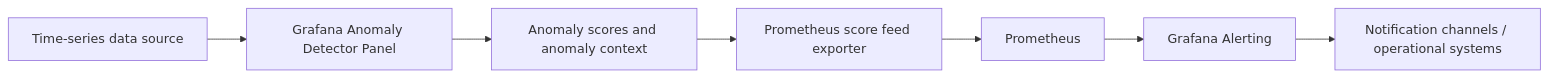
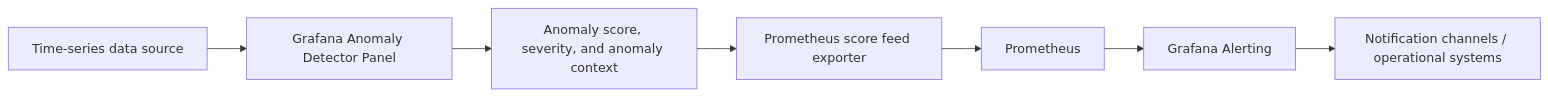
The diagram in README.md (alpaslancetin/grafana-anomaly-detector), drawn with Mermaid before and after one commit. The commit also changed other lines of this file and 313 other files, not shown here.

Commit message:
Release anomaly detector 1.2.0 benchmark and docs package

````diff
--- a/README.md
+++ b/README.md
@@ -59,9 +73,9 @@
 ```mermaid
 flowchart LR
-    A[Time-series data source] --> B[Grafana Anomaly Detector Panel]
-    B --> C[Anomaly scores and anomaly context]
-    C --> D[Prometheus score feed exporter]
-    D --> E[Prometheus]
-    E --> F[Grafana Alerting]
-    F --> G[Notification channels / operational systems]
+    A["Time-series data source"] --> B["Grafana Anomaly Detector Panel"]
+    B --> C["Anomaly score, severity, and anomaly context"]
+    C --> D["Prometheus score feed exporter"]
+    D --> E["Prometheus"]
+    E --> F["Grafana Alerting"]
+    F --> G["Notification channels / operational systems"]
 ```
````
